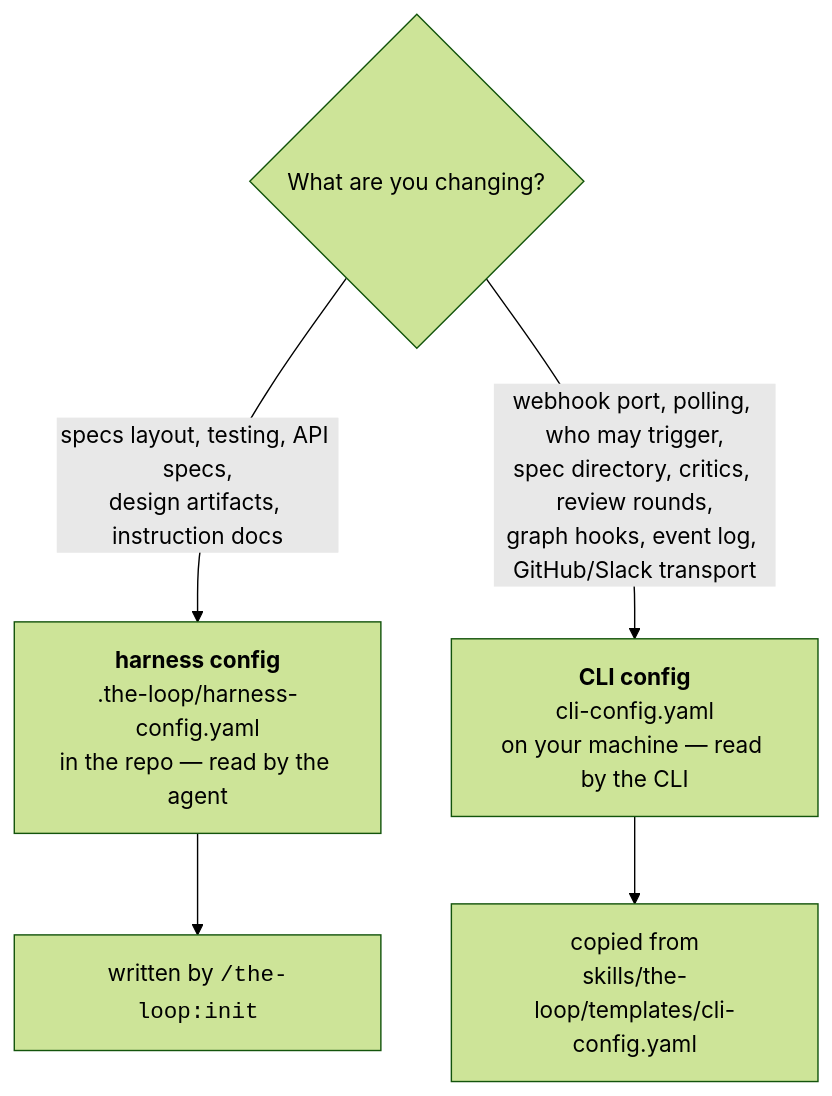
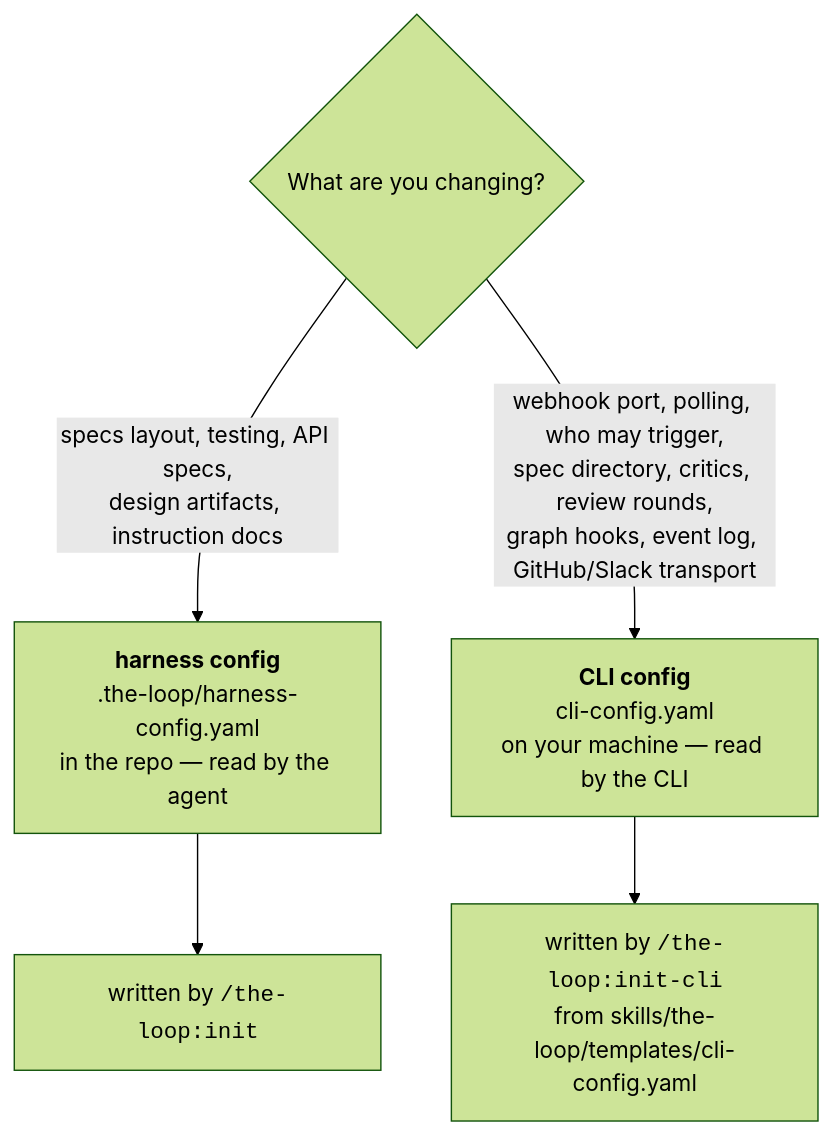
Before and after one commit to MadaraUchiha-314/the-loop: the diagram in docs/config/index.md, drawn with Mermaid (forest theme). The commit also changed other lines of this file and 39 other files, not shown here.

First line of the commit message:
feat(issue-514): split /init into /init, /init-cli and /init-gateway (#515)

````diff
--- a/docs/config/index.md
+++ b/docs/config/index.md
@@ -35,8 +35,8 @@
 ```mermaid
 graph TD
   Q{"What are you changing?"}
   Q -->|"specs layout, testing, API specs,<br/>design artifacts, instruction docs"| H["<b>harness config</b><br/>.the-loop/harness-config.yaml<br/>in the repo — read by the agent"]
   Q -->|"webhook port, polling, who may trigger,<br/>spec directory, critics, review rounds,<br/>graph hooks, event log, GitHub/Slack transport"| C["<b>CLI config</b><br/>cli-config.yaml<br/>on your machine — read by the CLI"]
   H --> H2["written by <code>/the-loop:init</code>"]
-  C --> C2["copied from<br/>skills/the-loop/templates/cli-config.yaml"]
+  C --> C2["written by <code>/the-loop:init-cli</code><br/>from skills/the-loop/templates/cli-config.yaml"]
 ```
````
